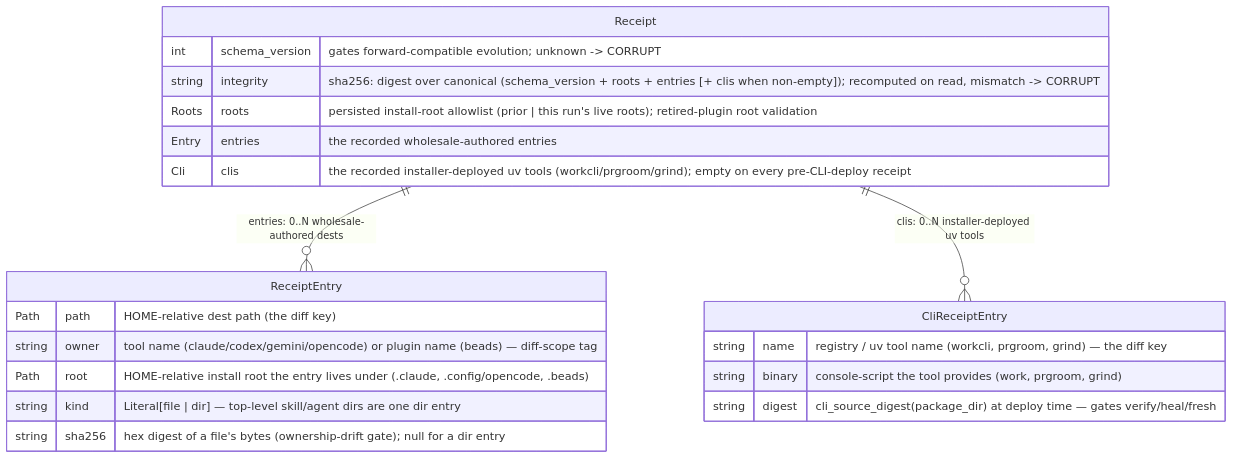
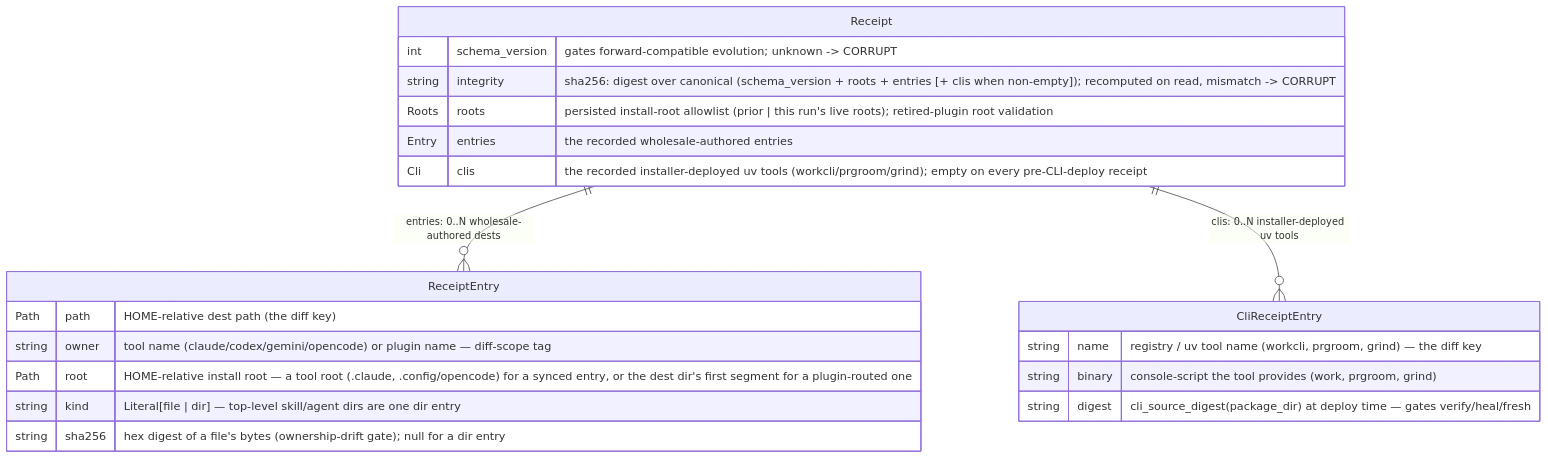
Before and after one commit to scotthamilton77/agents-config: the second of 3 diagrams in docs/architecture/installer/data-view.md, drawn with Mermaid. The commit also changed other lines of this file and 7 other files, not shown here.

First line of the commit message:
docs(9k9.190): the installer architecture describes the namespaces the code knows (#521)

````diff
--- a/docs/architecture/installer/data-view.md
+++ b/docs/architecture/installer/data-view.md
@@ -144,27 +144,27 @@
 ```mermaid
 erDiagram
     Receipt ||--o{ ReceiptEntry : "entries: 0..N wholesale-authored dests"
     Receipt ||--o{ CliReceiptEntry : "clis: 0..N installer-deployed uv tools"
 
     Receipt {
         int    schema_version  "gates forward-compatible evolution; unknown -> CORRUPT"
         string integrity       "sha256: digest over canonical (schema_version + roots + entries [+ clis when non-empty]); recomputed on read, mismatch -> CORRUPT"
         Roots  roots           "persisted install-root allowlist (prior | this run's live roots); retired-plugin root validation"
         Entry  entries         "the recorded wholesale-authored entries"
         Cli    clis            "the recorded installer-deployed uv tools (workcli/prgroom/grind); empty on every pre-CLI-deploy receipt"
     }
 
     ReceiptEntry {
         Path   path    "HOME-relative dest path (the diff key)"
-        string owner   "tool name (claude/codex/gemini/opencode) or plugin name (beads) — diff-scope tag"
-        Path   root    "HOME-relative install root the entry lives under (.claude, .config/opencode, .beads)"
+        string owner   "tool name (claude/codex/gemini/opencode) or plugin name — diff-scope tag"
+        Path   root    "HOME-relative install root — a tool root (.claude, .config/opencode) for a synced entry, or the dest dir's first segment for a plugin-routed one"
         string kind    "Literal[file | dir] — top-level skill/agent dirs are one dir entry"
         string sha256  "hex digest of a file's bytes (ownership-drift gate); null for a dir entry"
     }
 
     CliReceiptEntry {
         string name    "registry / uv tool name (workcli, prgroom, grind) — the diff key"
         string binary  "console-script the tool provides (work, prgroom, grind)"
         string digest  "cli_source_digest(package_dir) at deploy time — gates verify/heal/fresh"
     }
 ```
````
